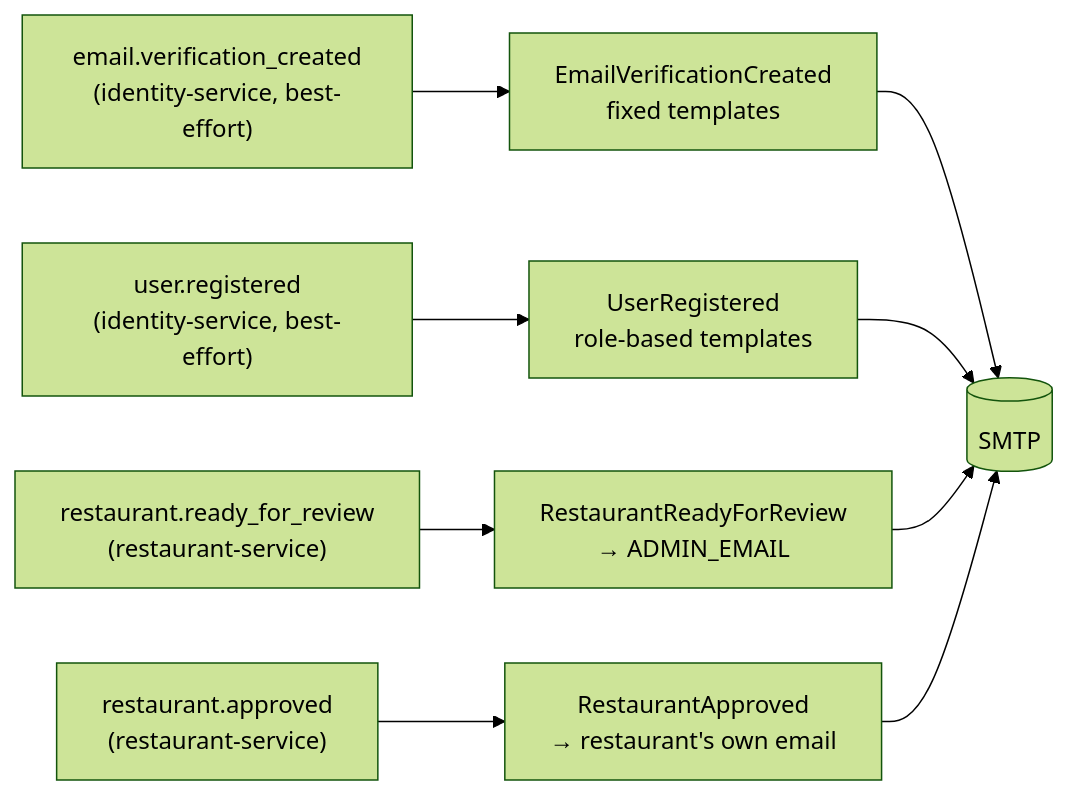
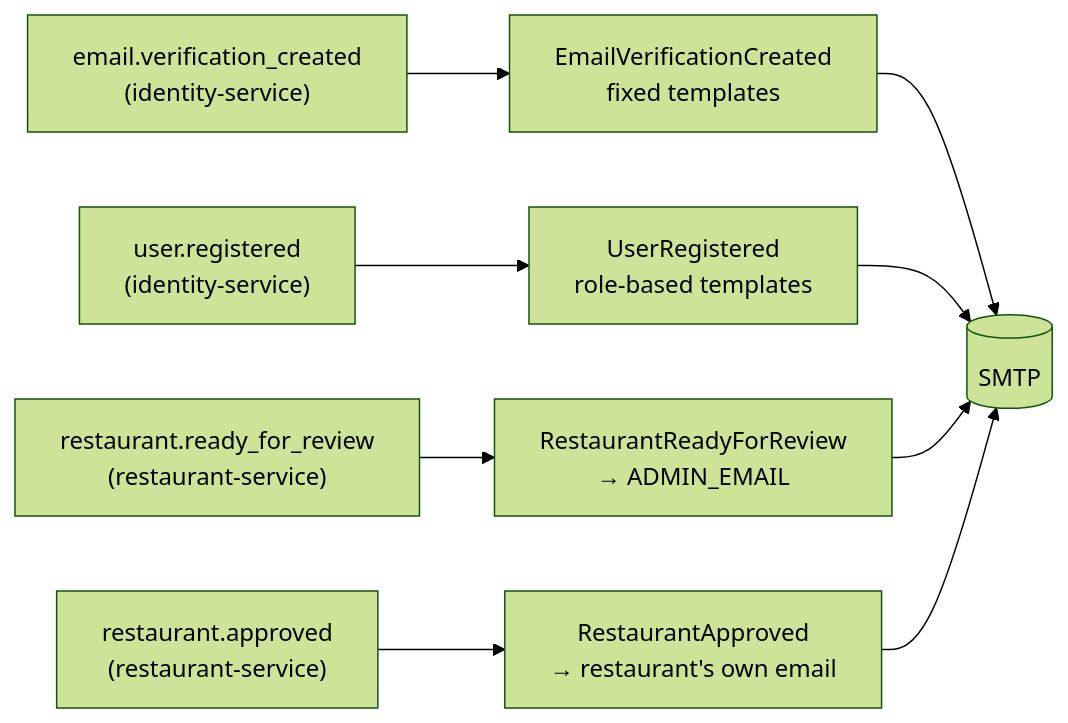
Before and after one commit to tarique-iqbal/pizza-marketplace: the diagram in docs/services/email-service.md, drawn with Mermaid (forest theme). The commit also changed other lines of this file, not shown here.

Commit message:
docs: note email-service events now via outbox

````diff
--- a/docs/services/email-service.md
+++ b/docs/services/email-service.md
@@ -50,11 +50,11 @@
 ```mermaid
 flowchart LR
-    E1["email.verification_created\n(identity-service, best-effort)"] --> H1["EmailVerificationCreated\nfixed templates"]
-    E2["user.registered\n(identity-service, best-effort)"] --> H2["UserRegistered\nrole-based templates"]
+    E1["email.verification_created\n(identity-service)"] --> H1["EmailVerificationCreated\nfixed templates"]
+    E2["user.registered\n(identity-service)"] --> H2["UserRegistered\nrole-based templates"]
     E3["restaurant.ready_for_review\n(restaurant-service)"] --> H3["RestaurantReadyForReview\n→ ADMIN_EMAIL"]
     E4["restaurant.approved\n(restaurant-service)"] --> H4["RestaurantApproved\n→ restaurant's own email"]
     H1 --> SMTP[("SMTP")]
     H2 --> SMTP
     H3 --> SMTP
     H4 --> SMTP
 ```
````
